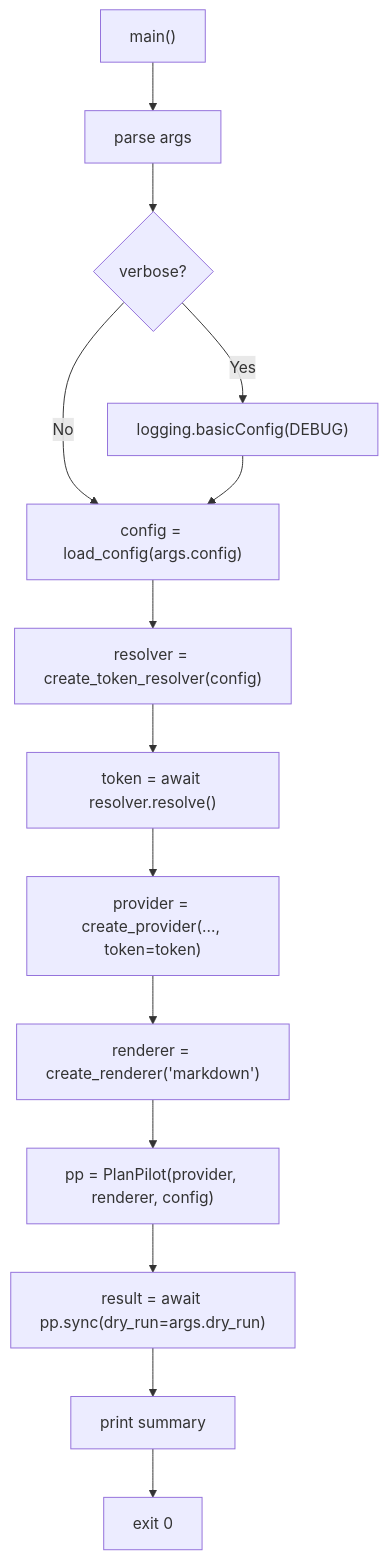
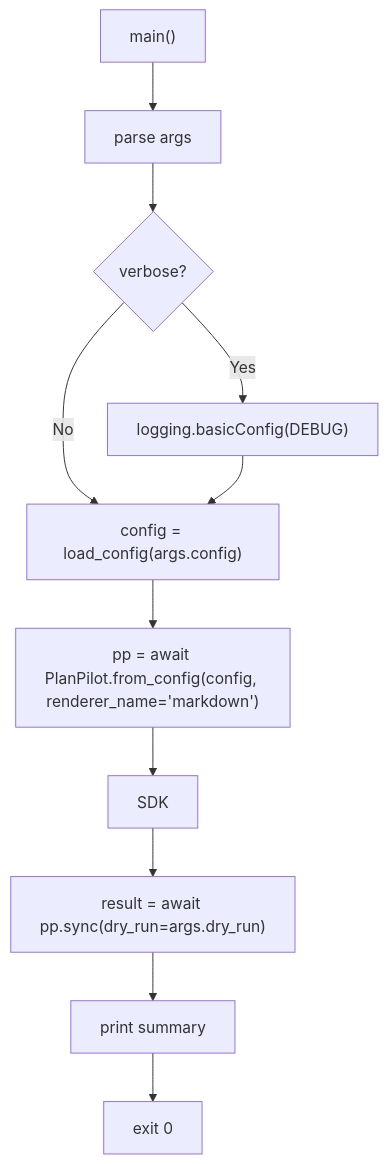
The diagram in docs/v2/cli.md (aryeko/planpilot), drawn with Mermaid before and after one commit. The commit also changed other lines of this file and 9 other files, not shown here.

````diff
--- a/docs/v2/cli.md
+++ b/docs/v2/cli.md
@@ -91,16 +91,13 @@
 ```mermaid
 flowchart TB
     Start["main()"] --> Parse["parse args"]
     Parse --> Logging{"verbose?"}
     Logging -- Yes --> SetDebug["logging.basicConfig(DEBUG)"]
     Logging -- No --> LoadConfig
     SetDebug --> LoadConfig["config = load_config(args.config)"]
-    LoadConfig --> Auth["resolver = create_token_resolver(config)"]
-    Auth --> Token["token = await resolver.resolve()"]
-    Token --> Provider["provider = create_provider(..., token=token)"]
-    Provider --> Renderer["renderer = create_renderer('markdown')"]
-    Renderer --> SDK["pp = PlanPilot(provider, renderer, config)"]
+    LoadConfig --> SDKBuild["pp = await PlanPilot.from_config(config, renderer_name='markdown')"]
+    SDKBuild --> SDK
     SDK --> Sync["result = await pp.sync(dry_run=args.dry_run)"]
     Sync --> Format["print summary"]
     Format --> Exit["exit 0"]
 ```
````
